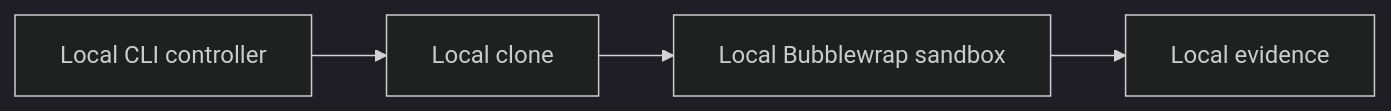
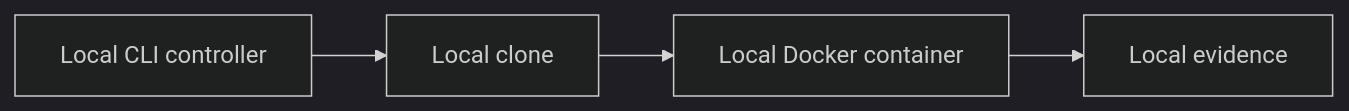
Diagram 19 of 36 in docs/architecture/architecture-atlas.md (zbarno/kool.ade), drawn with Mermaid (dark theme) before and after one commit. The commit also changed other lines of this file and 6 other files, not shown here.

````diff
--- a/docs/architecture/architecture-atlas.md
+++ b/docs/architecture/architecture-atlas.md
@@ -333,10 +333,10 @@
 ```mermaid
 flowchart LR
     c0["Local CLI controller"]
     c1["Local clone"]
-    c2["Local Bubblewrap sandbox"]
+    c2["Local Docker container"]
     c3["Local evidence"]
     c0 --> c1
     c1 --> c2
     c2 --> c3
 ```
````
